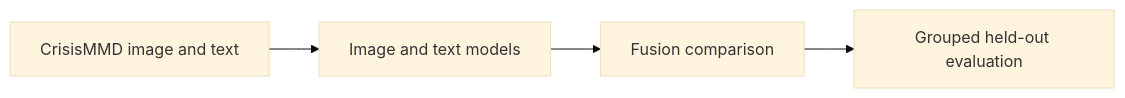
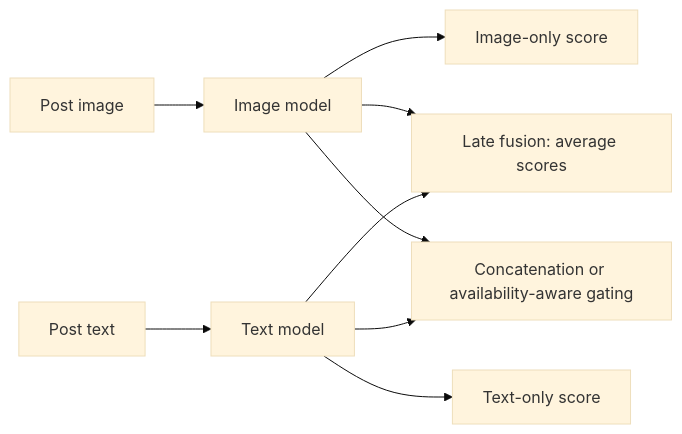
One commit to Khushx11/disaster-image-classifier changed the diagram in README.md. Above: the diagram before and after it, drawn with Mermaid (base theme). The commit also changed other lines of this file, not shown here.

Commit message:
Give the README a project-specific visual walkthrough

````diff
--- a/README.md
+++ b/README.md
@@ -10,8 +10,11 @@
 ```mermaid
 flowchart LR
-    A["CrisisMMD image and text"]
-    B["Image and text models"]
-    C["Fusion comparison"]
-    D["Grouped held-out evaluation"]
-    A --> B --> C --> D
+    Image["Post image"] --> Vision["Image model"]
+    Text["Post text"] --> Language["Text model"]
+    Vision --> I["Image-only score"]
+    Language --> T["Text-only score"]
+    Vision --> Late["Late fusion: average scores"]
+    Language --> Late
+    Vision --> Features["Concatenation or availability-aware gating"]
+    Language --> Features
 ```
````
